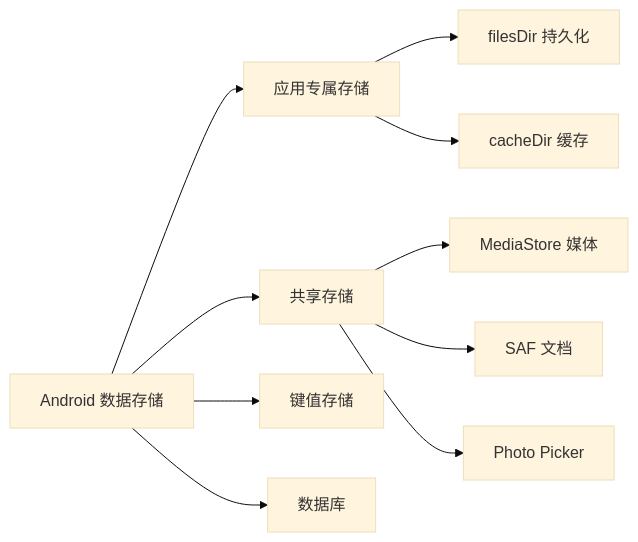
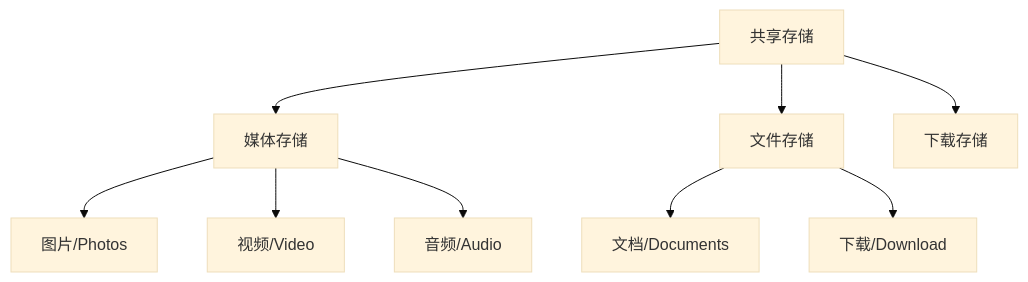
One commit to Carrie-L/carrie-l.github.io changed the diagram in AndroidDeveloperGuideStory/Contents/vol1/1.3.1 关于共享存储.md. Above: the diagram before and after it, drawn with Mermaid (base theme). The commit also changed other lines of this file, not shown here.

````diff
--- a/AndroidDeveloperGuideStory/Contents/vol1/1.3.1 关于共享存储.md
+++ b/AndroidDeveloperGuideStory/Contents/vol1/1.3.1 关于共享存储.md
@@ -322,14 +49,13 @@
 ```mermaid
-graph LR
-    A[Android 数据存储] --> B[应用专属存储]
-    A --> C[共享存储]
-    A --> D[键值存储]
-    A --> E[数据库]
+graph TD
+    A[共享存储] --> B[媒体存储]
+    A --> C[文件存储]
+    A --> D[下载存储]
     
-    B --> B1[filesDir 持久化]
-    B --> B2[cacheDir 缓存]
+    B --> B1[图片/Photos]
+    B --> B2[视频/Video]
+    B --> B3[音频/Audio]
     
-    C --> C1[MediaStore 媒体]
-    C --> C2[SAF 文档]
-    C --> C3[Photo Picker]
+    C --> C1[文档/Documents]
+    C --> C2[下载/Download]
 ```
````
